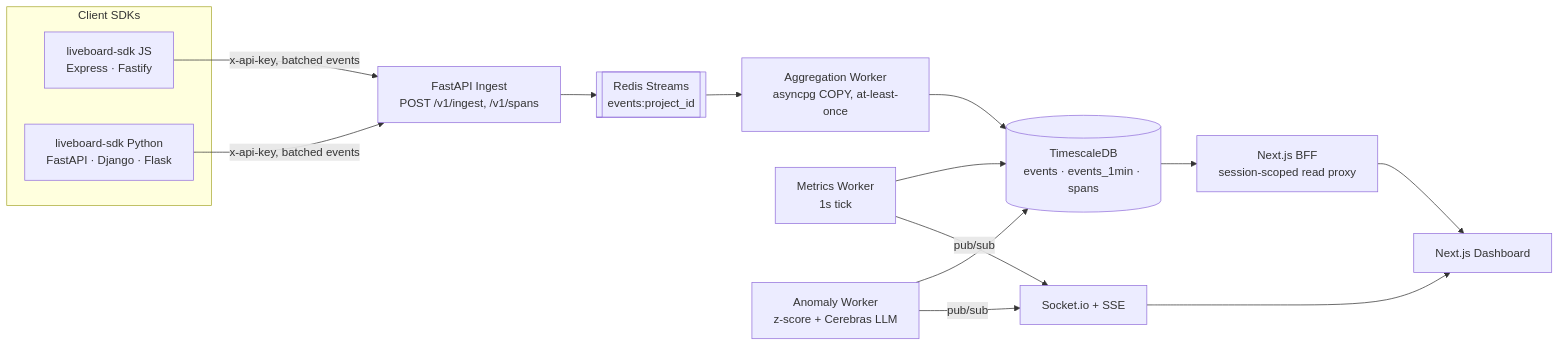
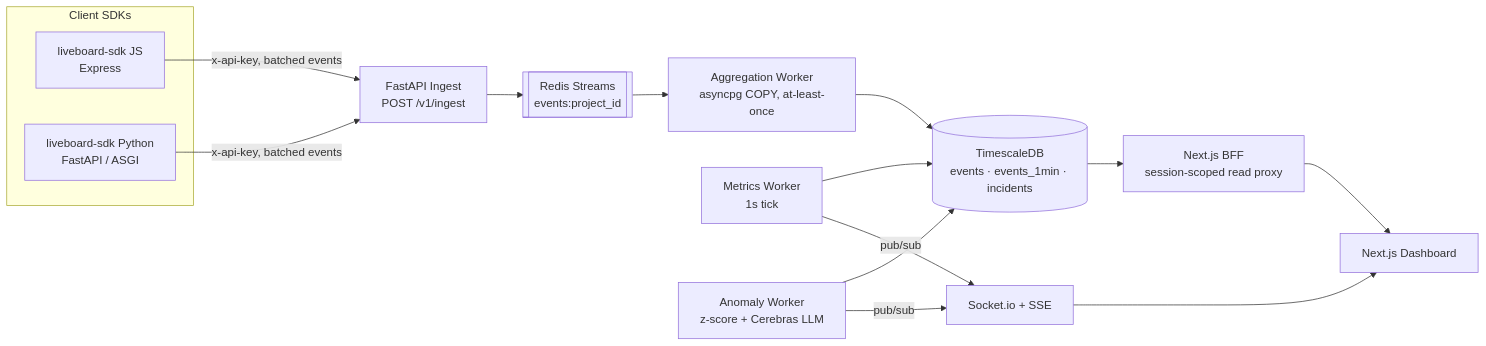
One commit to ryzrr/liveboard changed the diagram in README.md. Above: the diagram before and after it, drawn with Mermaid. The commit also changed other lines of this file and 1 other file, not shown here.

````diff
--- a/README.md
+++ b/README.md
@@ -184,24 +159,24 @@
 ```mermaid
 flowchart LR
     subgraph SDKs["Client SDKs"]
-        JS["liveboard-sdk JS<br/>Express · Fastify"]
-        PY["liveboard-sdk Python<br/>FastAPI · Django · Flask"]
+        JS["liveboard-sdk JS<br/>Express"]
+        PY["liveboard-sdk Python<br/>FastAPI / ASGI"]
     end
 
     JS -->|"x-api-key, batched events"| INGEST
     PY -->|"x-api-key, batched events"| INGEST
 
-    INGEST["FastAPI Ingest<br/>POST /v1/ingest, /v1/spans"] --> STREAM[["Redis Streams<br/>events:project_id"]]
+    INGEST["FastAPI Ingest<br/>POST /v1/ingest"] --> STREAM[["Redis Streams<br/>events:project_id"]]
     STREAM --> WORKER["Aggregation Worker<br/>asyncpg COPY, at-least-once"]
-    WORKER --> DB[("TimescaleDB<br/>events · events_1min · spans")]
+    WORKER --> DB[("TimescaleDB<br/>events · events_1min · incidents")]
 
     METRICS["Metrics Worker<br/>1s tick"] --> DB
     METRICS -->|pub/sub| RT["Socket.io + SSE"]
 
     ANOMALY["Anomaly Worker<br/>z-score + Cerebras LLM"] --> DB
     ANOMALY -->|pub/sub| RT
 
     DB --> BFF["Next.js BFF<br/>session-scoped read proxy"]
     RT --> WEB["Next.js Dashboard"]
     BFF --> WEB
 ```
````
